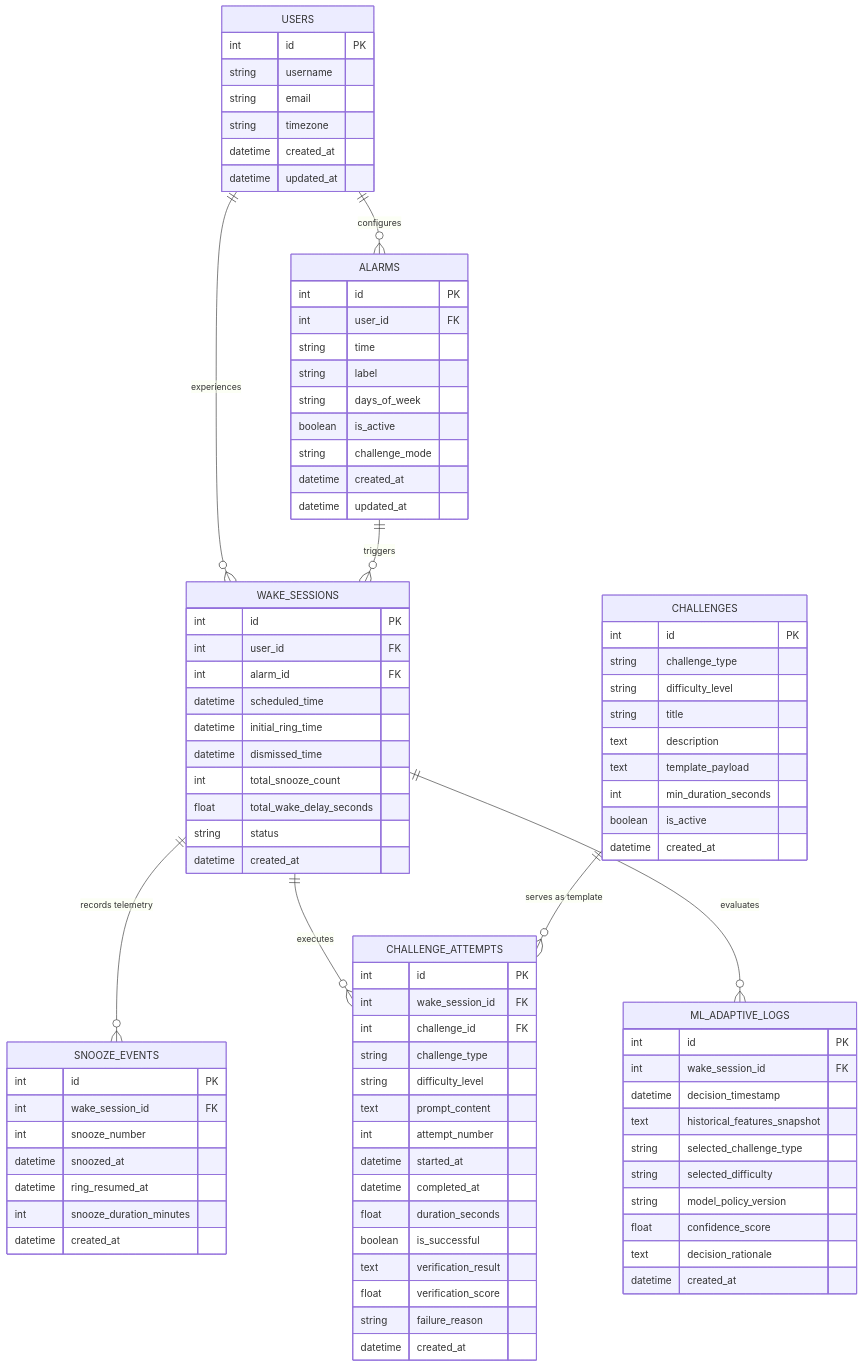
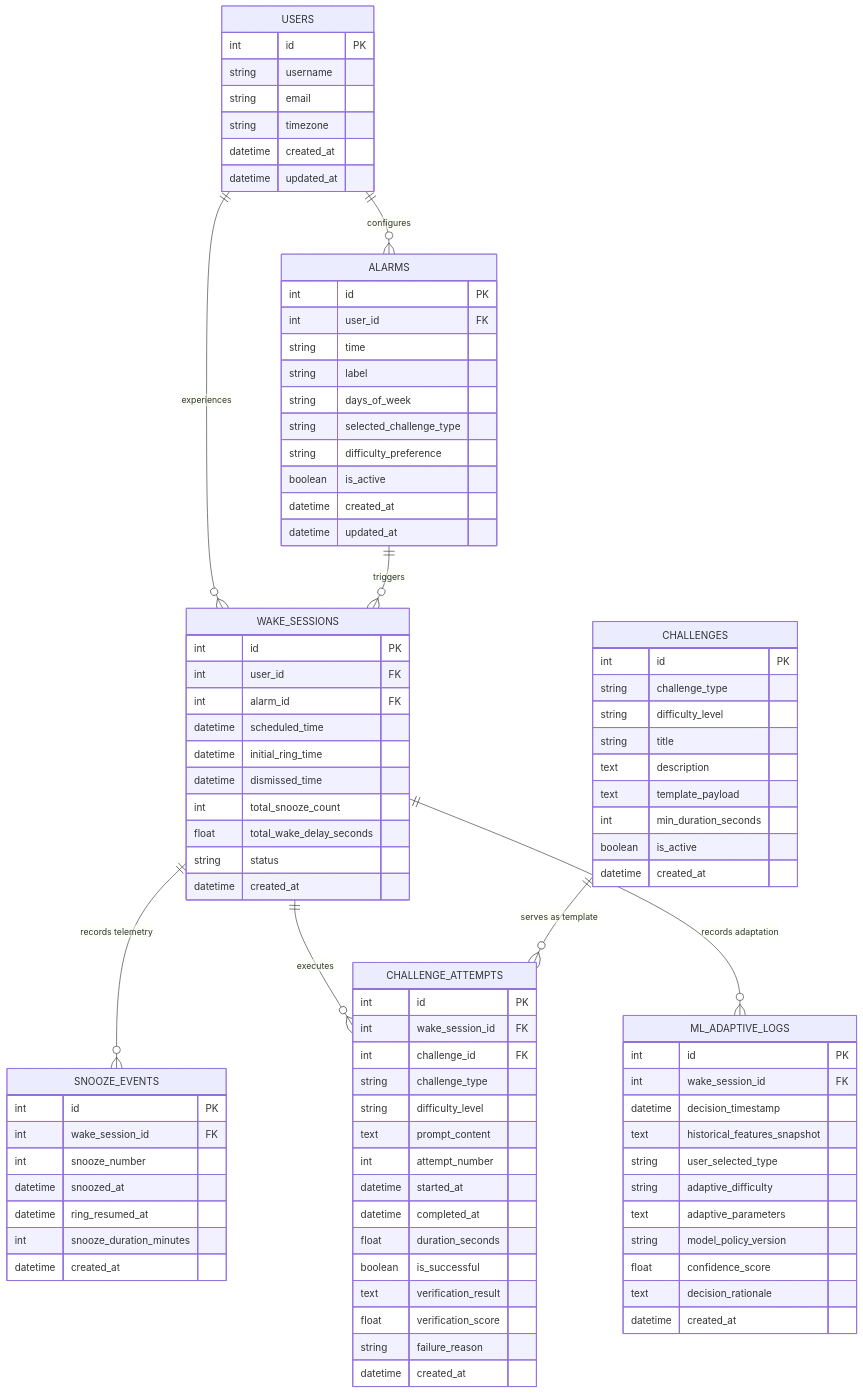
One commit to Vasudha1512/SmartWake-AI changed the diagram in docs/database/schema_design.md. Above: the diagram before and after it, drawn with Mermaid. The commit also changed other lines of this file and 2 other files, not shown here.

Commit message:
fix: clarify user task selection and ML adaptation

```diff
--- a/docs/database/schema_design.md
+++ b/docs/database/schema_design.md
@@ -20,7 +33,7 @@
     ALARMS ||--o{ WAKE_SESSIONS : "triggers"
     WAKE_SESSIONS ||--o{ SNOOZE_EVENTS : "records telemetry"
     WAKE_SESSIONS ||--o{ CHALLENGE_ATTEMPTS : "executes"
-    WAKE_SESSIONS ||--o{ ML_ADAPTIVE_LOGS : "evaluates"
+    WAKE_SESSIONS ||--o{ ML_ADAPTIVE_LOGS : "records adaptation"
     CHALLENGES ||--o{ CHALLENGE_ATTEMPTS : "serves as template"
 
     USERS {
@@ -38,8 +51,9 @@
         string time
         string label
         string days_of_week
+        string selected_challenge_type
+        string difficulty_preference
         boolean is_active
-        string challenge_mode
         datetime created_at
         datetime updated_at
     }
@@ -102,8 +116,9 @@
         int wake_session_id FK
         datetime decision_timestamp
         text historical_features_snapshot
-        string selected_challenge_type
-        string selected_difficulty
+        string user_selected_type
+        string adaptive_difficulty
+        text adaptive_parameters
         string model_policy_version
         float confidence_score
         text decision_rationale
```
